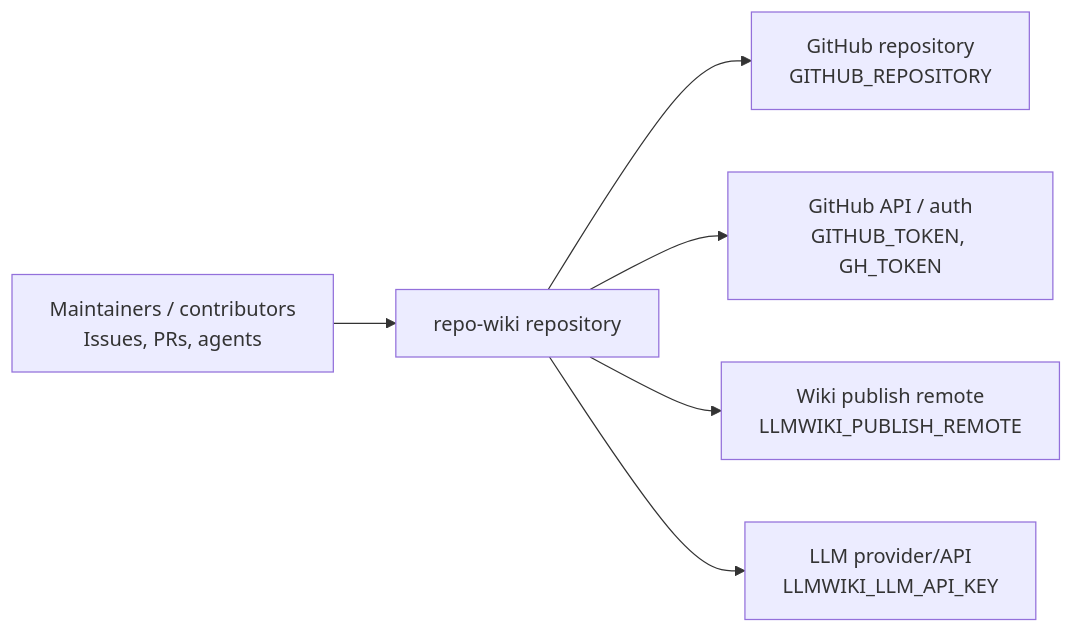
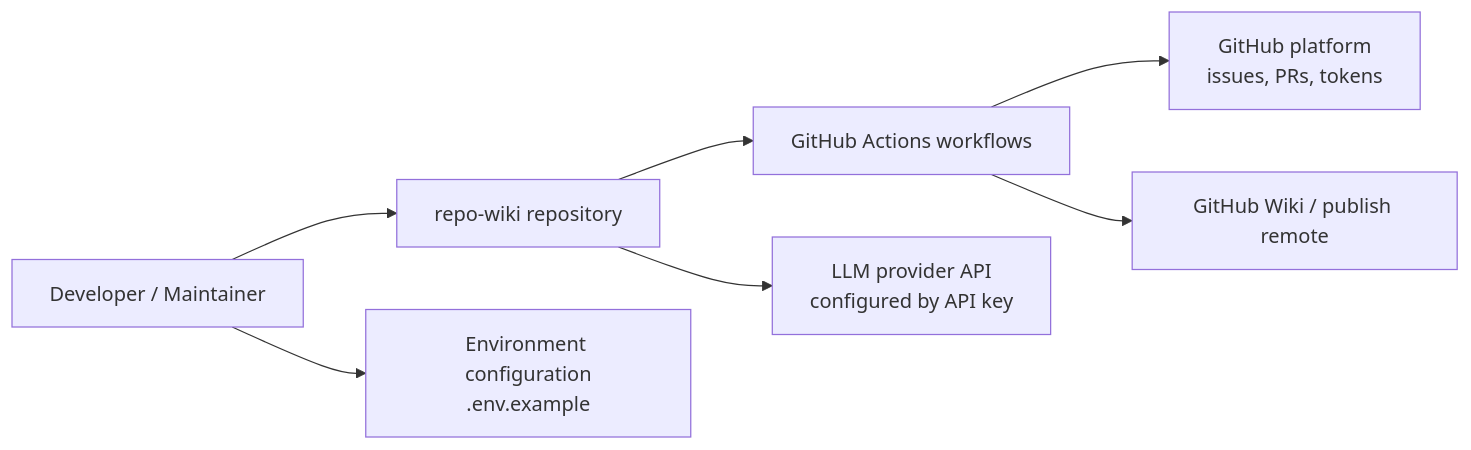
Before and after one commit to mfittko/repo-wiki: the first of 4 diagrams in Architecture.md, drawn with Mermaid. The commit also changed other lines of this file and 43 other files, not shown here.

Commit message:
Compile repository wiki 2026-05-13T12:54:49.854Z

````diff
--- a/Architecture.md
+++ b/Architecture.md
@@ -53,16 +52,17 @@
 ```mermaid
 flowchart LR
+  User["Developer / Maintainer"]
   Repo["repo-wiki repository"]
+  Env["Environment configuration<br/>.env.example"]
+  Actions["GitHub Actions workflows"]
+  Wiki["GitHub Wiki / publish remote"]
+  GitHub["GitHub platform<br/>issues, PRs, tokens"]
+  LLM["LLM provider API<br/>configured by API key"]
 
-  GitHubRepo["GitHub repository<br/>GITHUB_REPOSITORY"]
-  GitHubAPI["GitHub API / auth<br/>GITHUB_TOKEN, GH_TOKEN"]
-  WikiRemote["Wiki publish remote<br/>LLMWIKI_PUBLISH_REMOTE"]
-  LLMProvider["LLM provider/API<br/>LLMWIKI_LLM_API_KEY"]
-  Contributors["Maintainers / contributors<br/>Issues, PRs, agents"]
-
-  Repo --> GitHubRepo
-  Repo --> GitHubAPI
-  Repo --> WikiRemote
-  Repo --> LLMProvider
-  Contributors --> Repo
+  User --> Repo
+  User --> Env
+  Repo --> Actions
+  Actions --> GitHub
+  Actions --> Wiki
+  Repo --> LLM
 ```
````
